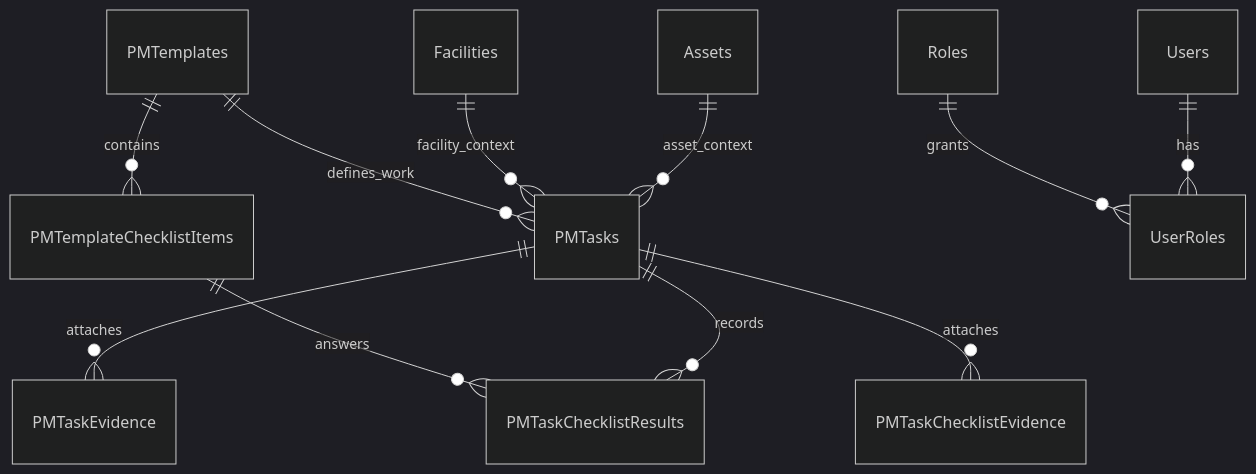
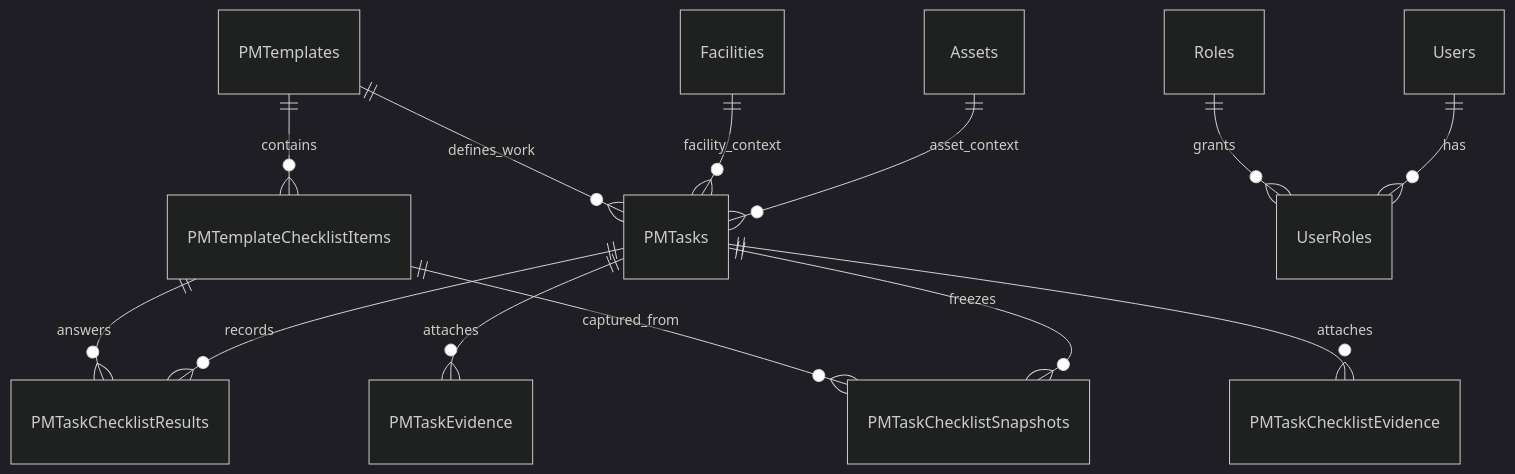
Before and after one commit to mti-ict-git/preventive-pilot: the diagram in docs/database-schema-specification.md, drawn with Mermaid (dark theme). The commit also changed other lines of this file and 20 other files, not shown here.

````diff
--- a/docs/database-schema-specification.md
+++ b/docs/database-schema-specification.md
@@ -33,13 +33,15 @@
 ```mermaid
 erDiagram
   Assets ||--o{ PMTasks : asset_context
   Facilities ||--o{ PMTasks : facility_context
   PMTemplates ||--o{ PMTasks : defines_work
   PMTemplates ||--o{ PMTemplateChecklistItems : contains
   PMTasks ||--o{ PMTaskChecklistResults : records
+  PMTasks ||--o{ PMTaskChecklistSnapshots : freezes
   PMTasks ||--o{ PMTaskEvidence : attaches
   PMTasks ||--o{ PMTaskChecklistEvidence : attaches
   PMTemplateChecklistItems ||--o{ PMTaskChecklistResults : answers
+  PMTemplateChecklistItems ||--o{ PMTaskChecklistSnapshots : captured_from
   Users ||--o{ UserRoles : has
   Roles ||--o{ UserRoles : grants
 ```
````
